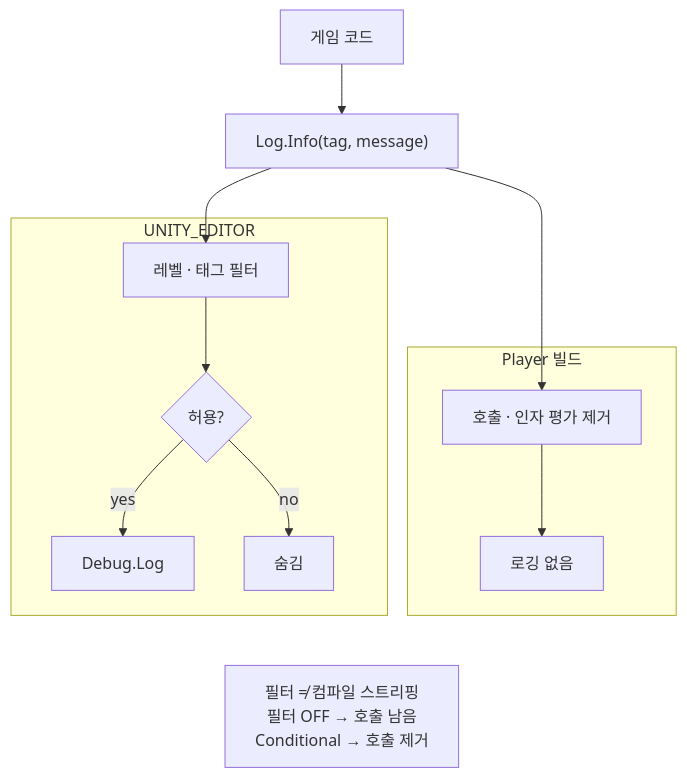
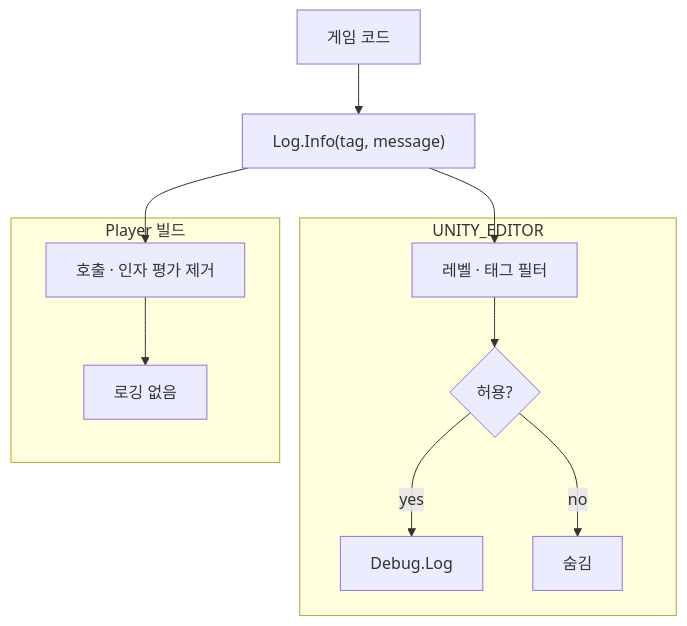
The diagram in notes/conditional-log-build-cost.md (monet5379/monet5379.github.io), drawn with Mermaid before and after one commit. The commit also changed other lines of this file and 24 other files, not shown here.

Commit message:
콘텐츠(notes): project 목록 FM과 복수 증명·Mermaid·회고 슬롯을 맞춥니다.

````diff
--- a/notes/conditional-log-build-cost.md
+++ b/notes/conditional-log-build-cost.md
@@ -48,21 +48,17 @@
 ```mermaid
 flowchart TD
   G["게임 코드"] --> L["Log.Info(tag, message)"]
 
   subgraph EDITOR["UNITY_EDITOR"]
     F["레벨 · 태그 필터"] --> A{"허용?"}
     A -->|yes| DL["Debug.Log"]
     A -->|no| H["숨김"]
   end
 
   subgraph PLAYER["Player 빌드"]
     S["호출 · 인자 평가 제거"] --> NL["로깅 없음"]
   end
 
   L --> F
   L --> S
-
-  NOTE["필터 ≠ 컴파일 스트리핑<br/>필터 OFF → 호출 남음<br/>Conditional → 호출 제거"]
-  DL ~~~ NOTE
-  NL ~~~ NOTE
 ```
````
